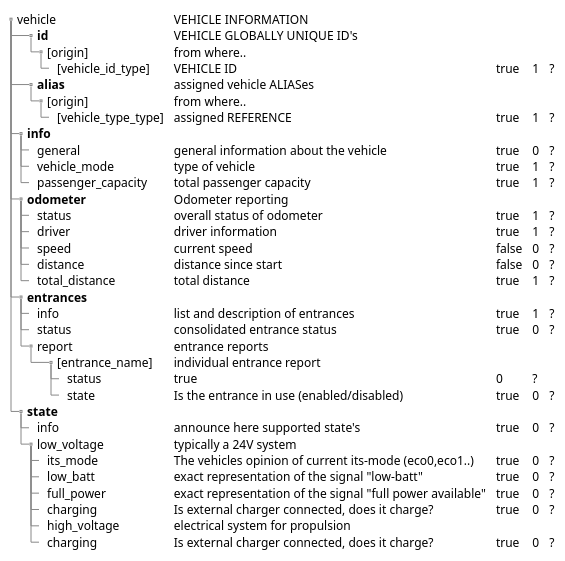
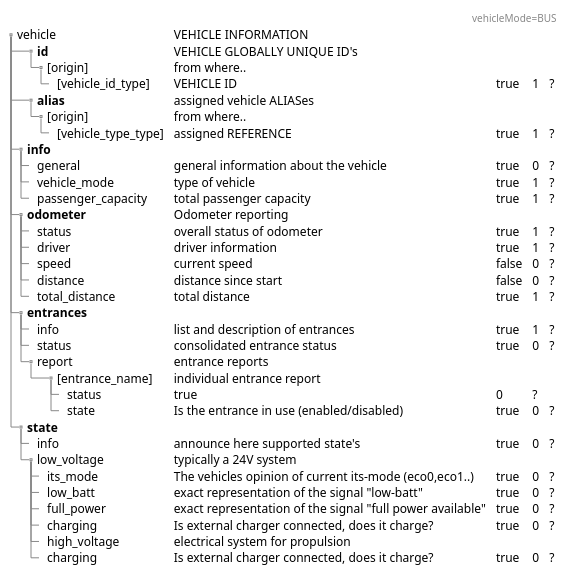
One commit to ITxPT/schematest changed the diagram in puml-linktest/vehicle.puml. Above: the diagram before and after it, drawn with PlantUML.

```diff
--- a/puml-linktest/vehicle.puml
+++ b/puml-linktest/vehicle.puml
@@ -1,52 +1,52 @@
 @startsalt (id=vehicle)
 
 ' Status: workdoc, version 0.3
 {
 {T
 '+**topic** | **payload** | **retain** | **QoS** | **msg exp**
 '+ **[itxpt_root_topic]**
 
-
+header vehicleMode=BUS
 ++ vehicle | VEHICLE INFORMATION
 ++++ **id** | VEHICLE GLOBALLY UNIQUE ID's
 +++++ [origin] | from where..
 ++++++ [vehicle_id_type] | VEHICLE ID | true | 1 | ?
 ++++ **alias** | assigned vehicle ALIASes
 +++++ [origin] | from where..
 ++++++ [vehicle_type_type] | assigned REFERENCE | true | 1 | ?
 
 +++ **info**
 ++++ general | general information about the vehicle | true | 0 |?
 ++++ vehicle_mode | type of vehicle | true | 1 | ?
 ++++ passenger_capacity | total passenger capacity | true | 1 | ?
 
 +++ **odometer** | Odometer reporting
 ++++ status | overall status of odometer | true | 1 | ?
 ++++ driver | driver information | true | 1 | ?
 ++++ speed | current speed | false | 0 | ?
 ++++ distance | distance since start | false | 0 | ?
 ++++ total_distance | total distance | true | 1 | ?
 
 +++ **entrances**
 ++++ info | list and description of entrances | true | 1 | ?
 ++++ status | consolidated entrance status | true | 0 | ?
 ++++ report | entrance reports
 ++++++ [entrance_name] | individual entrance report
 +++++++ status | true | 0 | ?
 +++++++ state | Is the entrance in use (enabled/disabled) | true | 0 | ?
 
 +++ **state**
 ++++ info | announce here supported state's | true | 0 | ?
 ++++ low_voltage | typically a 24V system
 +++++ its_mode | The vehicles opinion of current its-mode (eco0,eco1..) | true | 0 | ?
 +++++ low_batt | exact representation of the signal "low-batt"  | true | 0 | ?
 +++++ full_power | exact representation of the signal "full power available"  | true | 0 | ?
 +++++ charging | Is external charger connected, does it charge?  | true | 0 | ?
 +++++ high_voltage | electrical system for propulsion
 +++++ charging | Is external charger connected, does it charge?  | true | 0 | ?
 
 
 
 }
 }
 @endsalt
```
